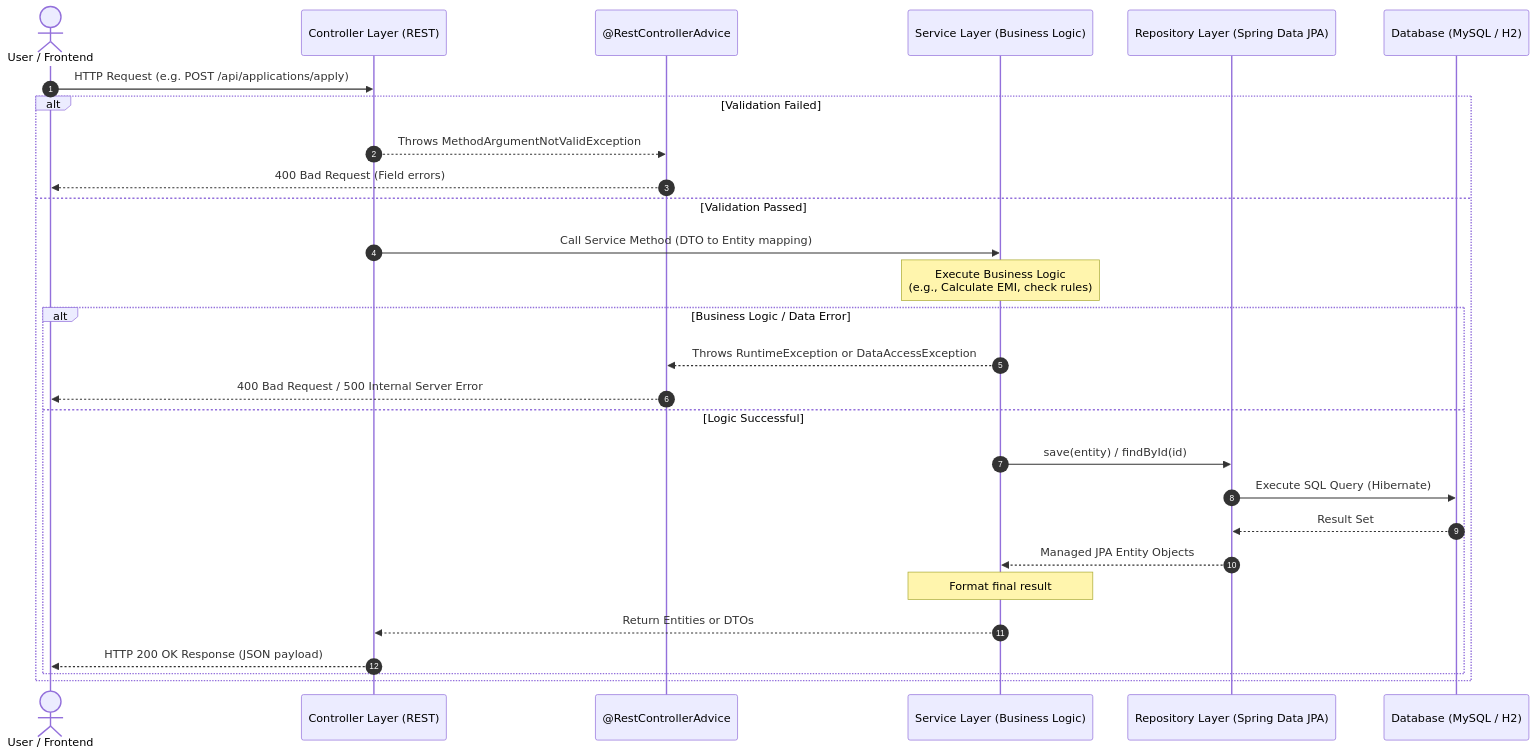
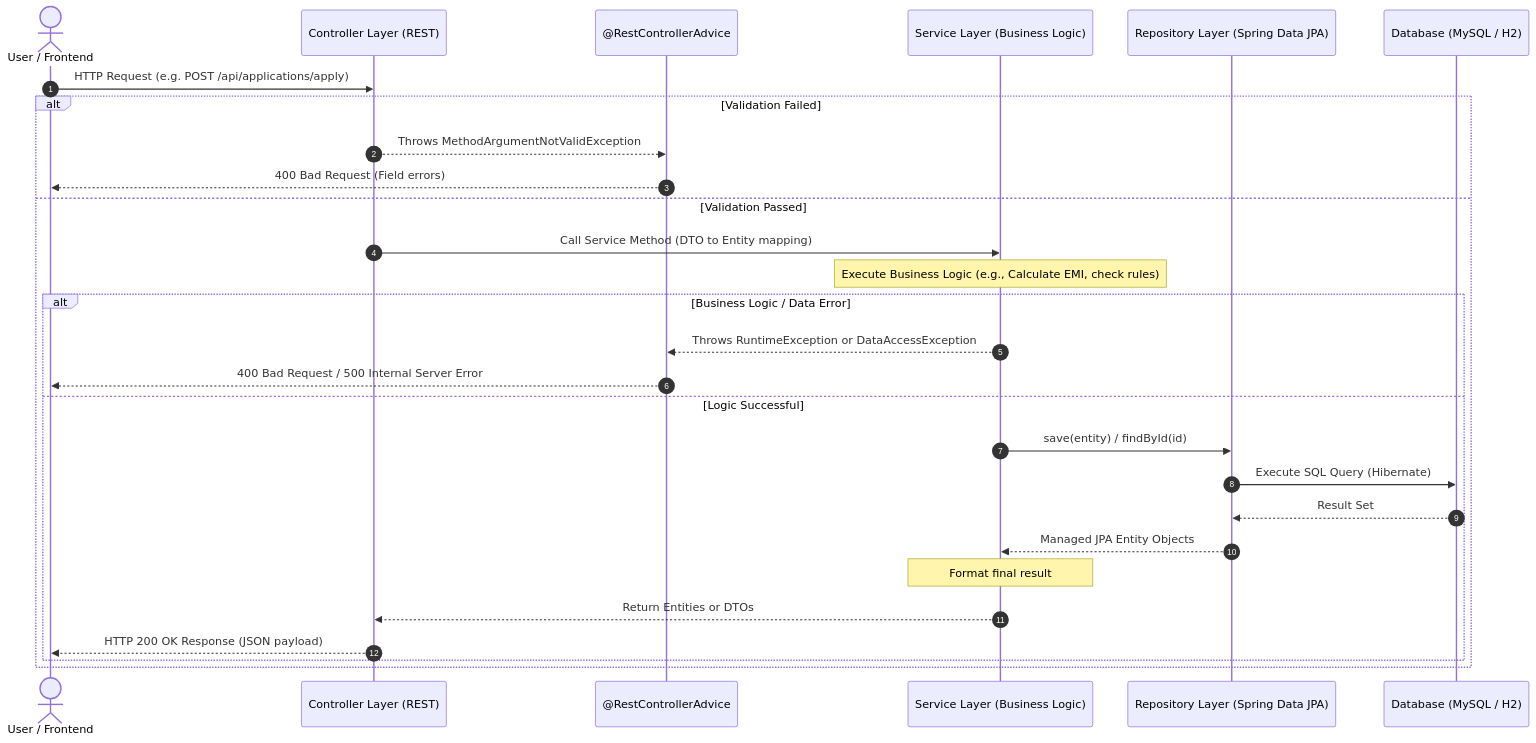
The second of 8 diagrams in architecture_diagrams.md (rohangupta513/LMS), drawn with Mermaid before and after one commit. The commit also changed other lines of this file, not shown here.

Commit message:
Fix mermaid syntax rendering issues in architecture diagrams

````diff
--- a/architecture_diagrams.md
+++ b/architecture_diagrams.md
@@ -52,35 +52,35 @@
 ```mermaid
 sequenceDiagram
     autonumber
     actor Client as User / Frontend
     participant Controller as Controller Layer (REST)
     participant ExceptionHandler as @RestControllerAdvice
     participant Service as Service Layer (Business Logic)
     participant Repository as Repository Layer (Spring Data JPA)
     participant DB as Database (MySQL / H2)
 
     Client->>Controller: HTTP Request (e.g. POST /api/applications/apply)
     
     alt Validation Failed
         Controller-->>ExceptionHandler: Throws MethodArgumentNotValidException
         ExceptionHandler-->>Client: 400 Bad Request (Field errors)
     else Validation Passed
         Controller->>Service: Call Service Method (DTO to Entity mapping)
         
-        Note over Service: Execute Business Logic <br/>(e.g., Calculate EMI, check rules)
+        Note over Service: Execute Business Logic (e.g., Calculate EMI, check rules)
         
         alt Business Logic / Data Error
             Service-->>ExceptionHandler: Throws RuntimeException or DataAccessException
             ExceptionHandler-->>Client: 400 Bad Request / 500 Internal Server Error
         else Logic Successful
             Service->>Repository: save(entity) / findById(id)
             Repository->>DB: Execute SQL Query (Hibernate)
             DB-->>Repository: Result Set
             Repository-->>Service: Managed JPA Entity Objects
             
             Note over Service: Format final result
             Service-->>Controller: Return Entities or DTOs
             Controller-->>Client: HTTP 200 OK Response (JSON payload)
         end
     end
 ```
````
